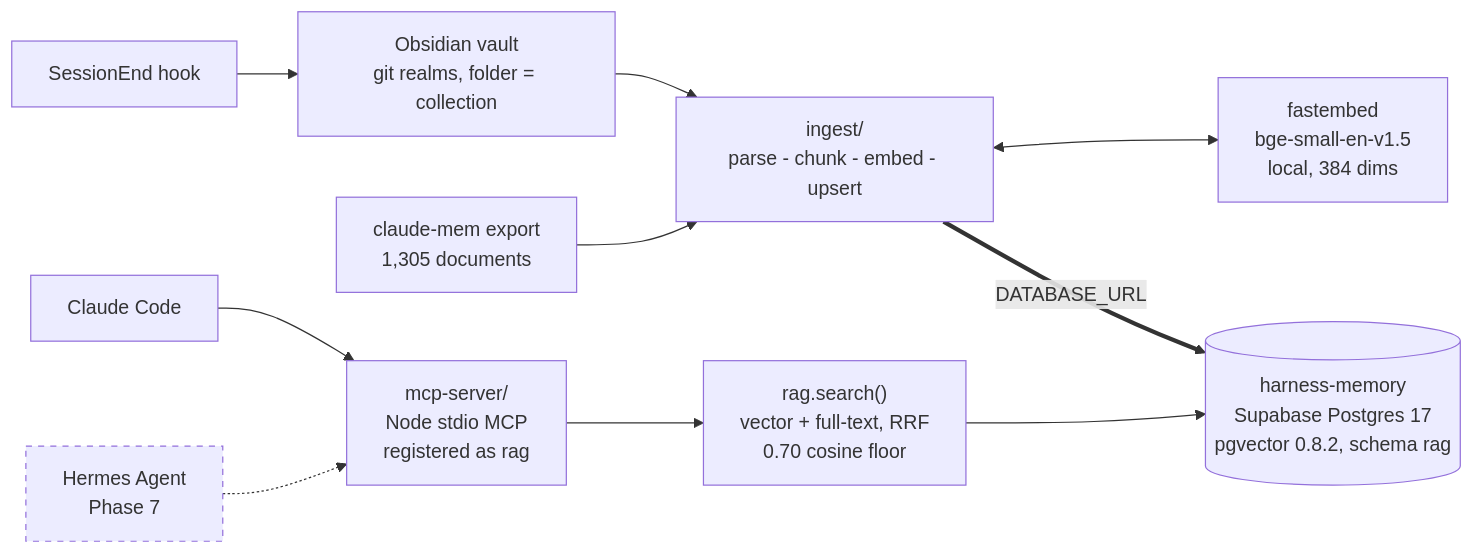
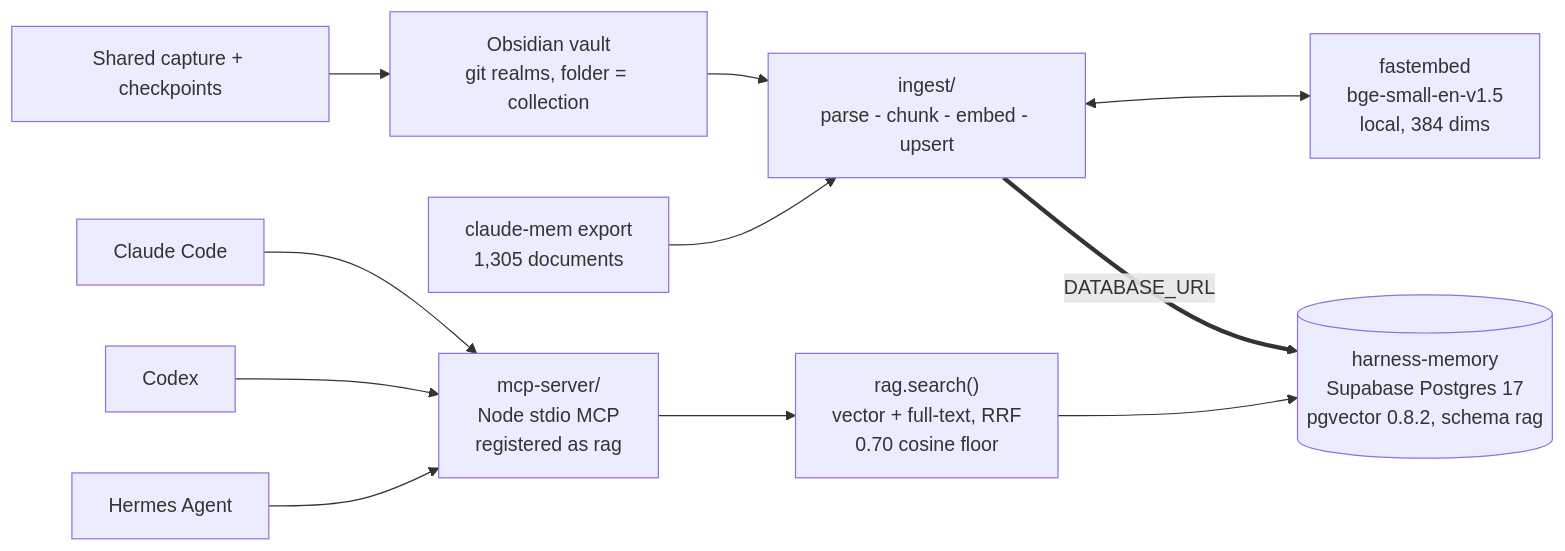
One commit to stack-dev-personal/agentic-harness changed the diagram in README.md. Above: the diagram before and after it, drawn with Mermaid. The commit also changed other lines of this file and 91 other files, not shown here.

First line of the commit message:
feat(memory): unify Claude, Codex and Hermes session memory

````diff
--- a/README.md
+++ b/README.md
@@ -27,19 +27,18 @@
 ```mermaid
 flowchart LR
-    hook["SessionEnd hook"] --> vault
+    hook["Shared capture + checkpoints"] --> vault
     vault["Obsidian vault<br/>git realms, folder = collection"] --> ing
     cmem["claude-mem export<br/>1,305 documents"] --> ing
 
     ing["ingest/<br/>parse - chunk - embed - upsert"]
     ing <--> emb["fastembed<br/>bge-small-en-v1.5<br/>local, 384 dims"]
 
     cc["Claude Code"] --> mcp["mcp-server/<br/>Node stdio MCP<br/>registered as rag"]
-    hermes["Hermes Agent<br/>Phase 7"] -.-> mcp
+    codex["Codex"] --> mcp
+    hermes["Hermes Agent"] --> mcp
     mcp --> search["rag.search()<br/>vector + full-text, RRF<br/>0.70 cosine floor"]
 
     ing ==>|"DATABASE_URL"| db
     search --> db[("harness-memory<br/>Supabase Postgres 17<br/>pgvector 0.8.2, schema rag")]
 
-    classDef unbuilt stroke-dasharray: 5 5
-    class hermes unbuilt
 ```
````
